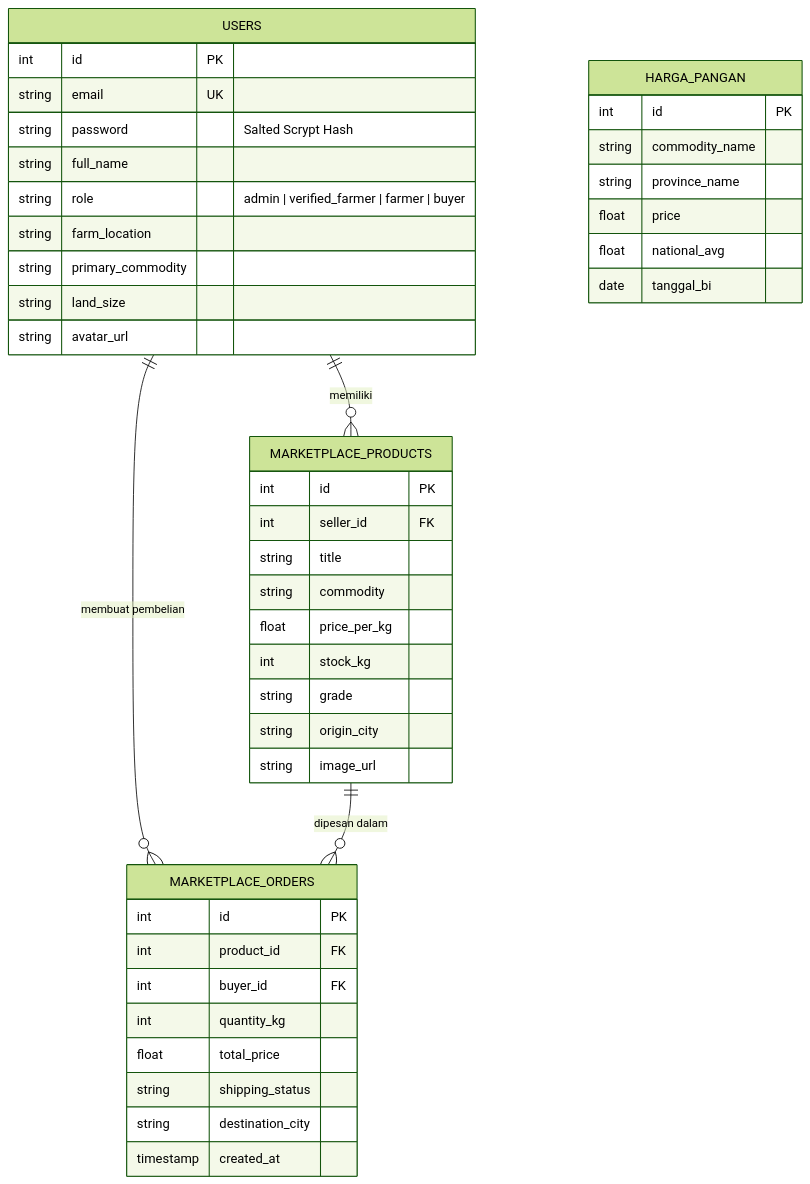
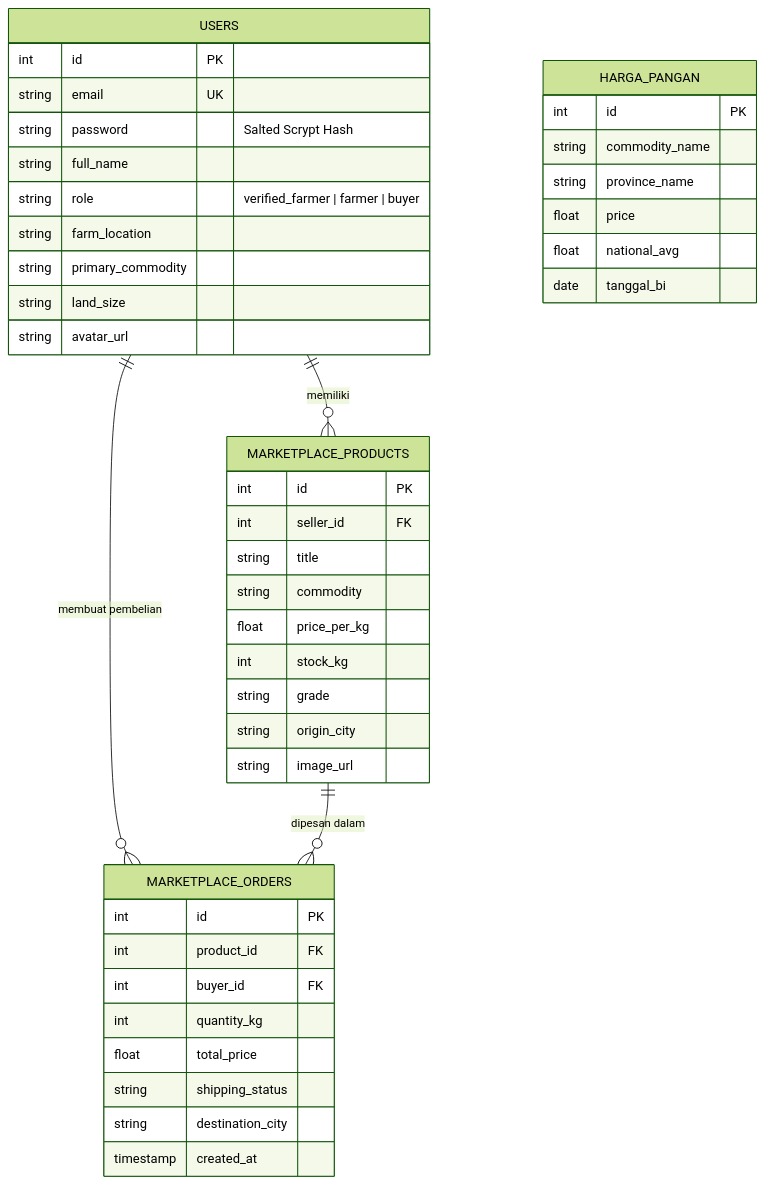
One commit to potydev/Tani-Pintar changed the second of 2 diagrams in README.md. Above: the diagram before and after it, drawn with Mermaid (forest theme). The commit also changed other lines of this file and 10 other files, not shown here.

Commit message:
refactor: remove admin role and dashboard, update authentication store, and clean up documentation

````diff
--- a/README.md
+++ b/README.md
@@ -277,50 +274,50 @@
 ```mermaid
 erDiagram
     USERS {
         int id PK
         string email UK
         string password "Salted Scrypt Hash"
         string full_name
-        string role "admin | verified_farmer | farmer | buyer"
+        string role "verified_farmer | farmer | buyer"
         string farm_location
         string primary_commodity
         string land_size
         string avatar_url
     }
 
     HARGA_PANGAN {
         int id PK
         string commodity_name
         string province_name
         float price
         float national_avg
         date tanggal_bi
     }
 
     MARKETPLACE_PRODUCTS {
         int id PK
         int seller_id FK
         string title
         string commodity
         float price_per_kg
         int stock_kg
         string grade
         string origin_city
         string image_url
     }
 
     MARKETPLACE_ORDERS {
         int id PK
         int product_id FK
         int buyer_id FK
         int quantity_kg
         float total_price
         string shipping_status
         string destination_city
         timestamp created_at
     }
 
     USERS ||--o{ MARKETPLACE_PRODUCTS : "memiliki"
     USERS ||--o{ MARKETPLACE_ORDERS : "membuat pembelian"
     MARKETPLACE_PRODUCTS ||--o{ MARKETPLACE_ORDERS : "dipesan dalam"
 ```
````
